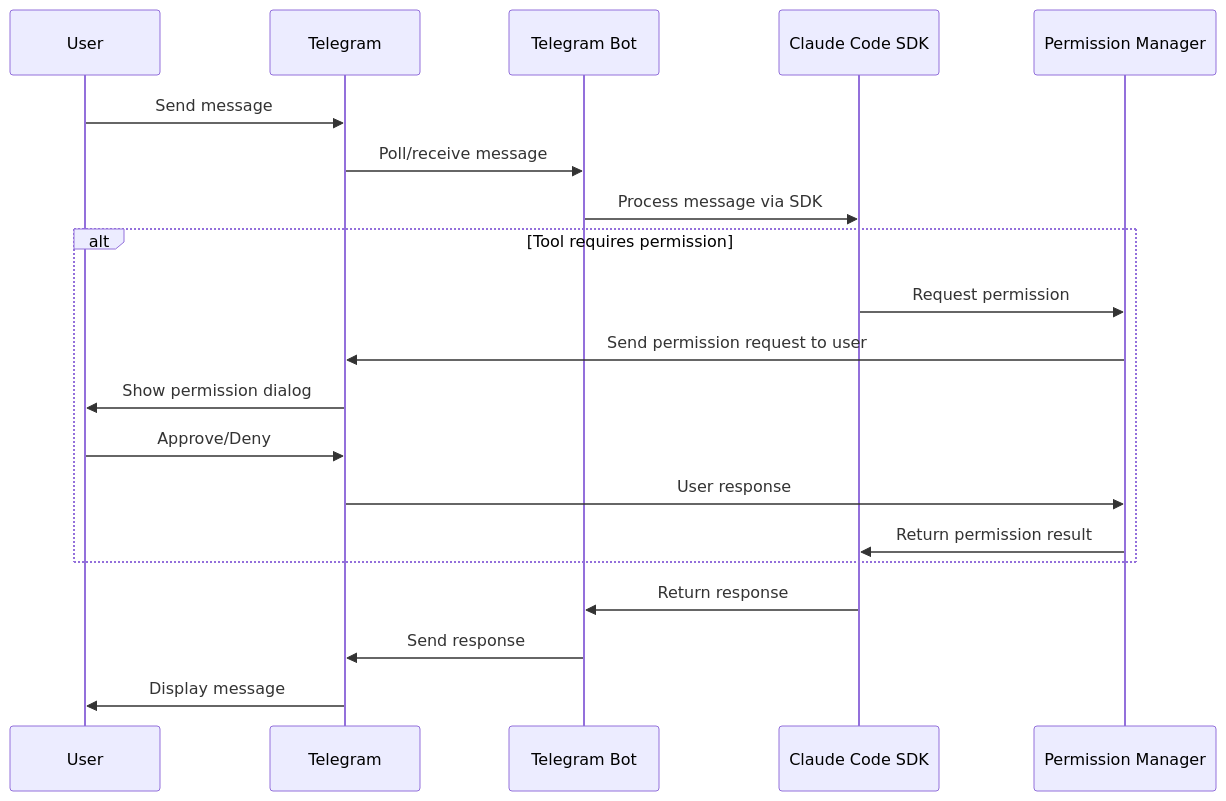
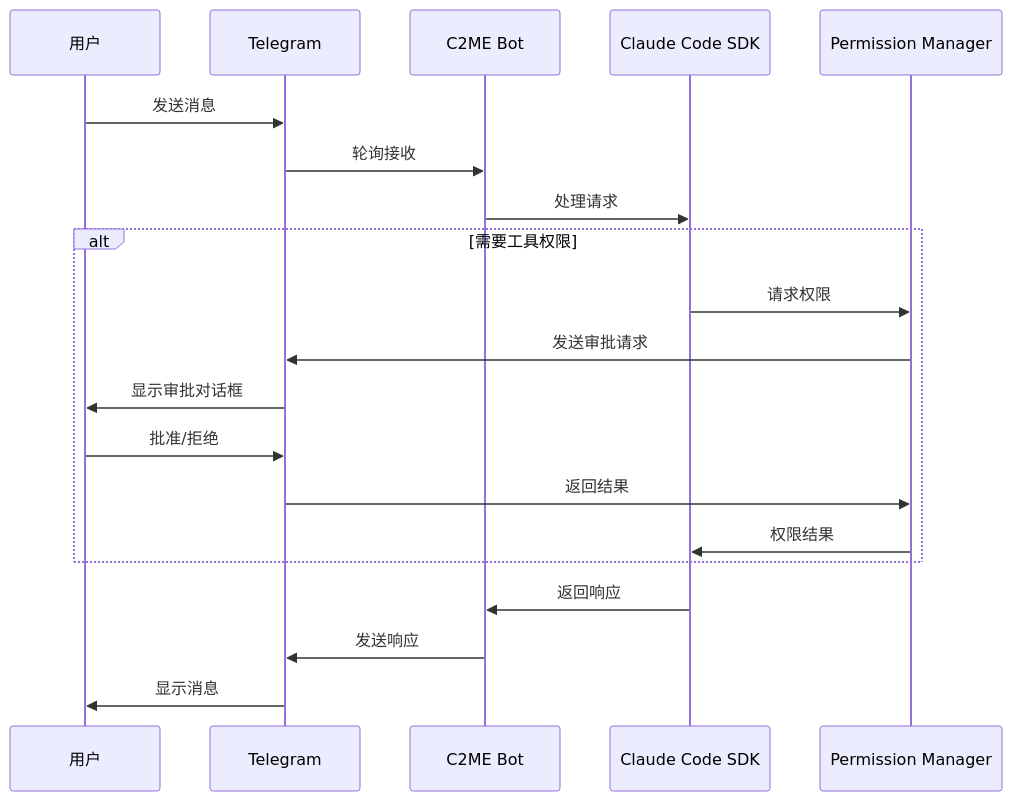
Before and after one commit to poer2023/c2me: the diagram in README.md, drawn with Mermaid. The commit also changed other lines of this file, not shown here.

````diff
--- a/README.md
+++ b/README.md
@@ -245,25 +228,25 @@
 ```mermaid
 sequenceDiagram
-    participant User
+    participant User as 用户
     participant TG as Telegram
-    participant Bot as Telegram Bot
+    participant Bot as C2ME Bot
     participant Claude as Claude Code SDK
     participant PM as Permission Manager
 
-    User->>TG: Send message
-    TG->>Bot: Poll/receive message
-    Bot->>Claude: Process message via SDK
+    User->>TG: 发送消息
+    TG->>Bot: 轮询接收
+    Bot->>Claude: 处理请求
 
-    alt Tool requires permission
-        Claude->>PM: Request permission
-        PM->>TG: Send permission request to user
-        TG->>User: Show permission dialog
-        User->>TG: Approve/Deny
-        TG->>PM: User response
-        PM->>Claude: Return permission result
+    alt 需要工具权限
+        Claude->>PM: 请求权限
+        PM->>TG: 发送审批请求
+        TG->>User: 显示审批对话框
+        User->>TG: 批准/拒绝
+        TG->>PM: 返回结果
+        PM->>Claude: 权限结果
     end
 
-    Claude->>Bot: Return response
-    Bot->>TG: Send response
-    TG->>User: Display message
+    Claude->>Bot: 返回响应
+    Bot->>TG: 发送响应
+    TG->>User: 显示消息
 ```
````
